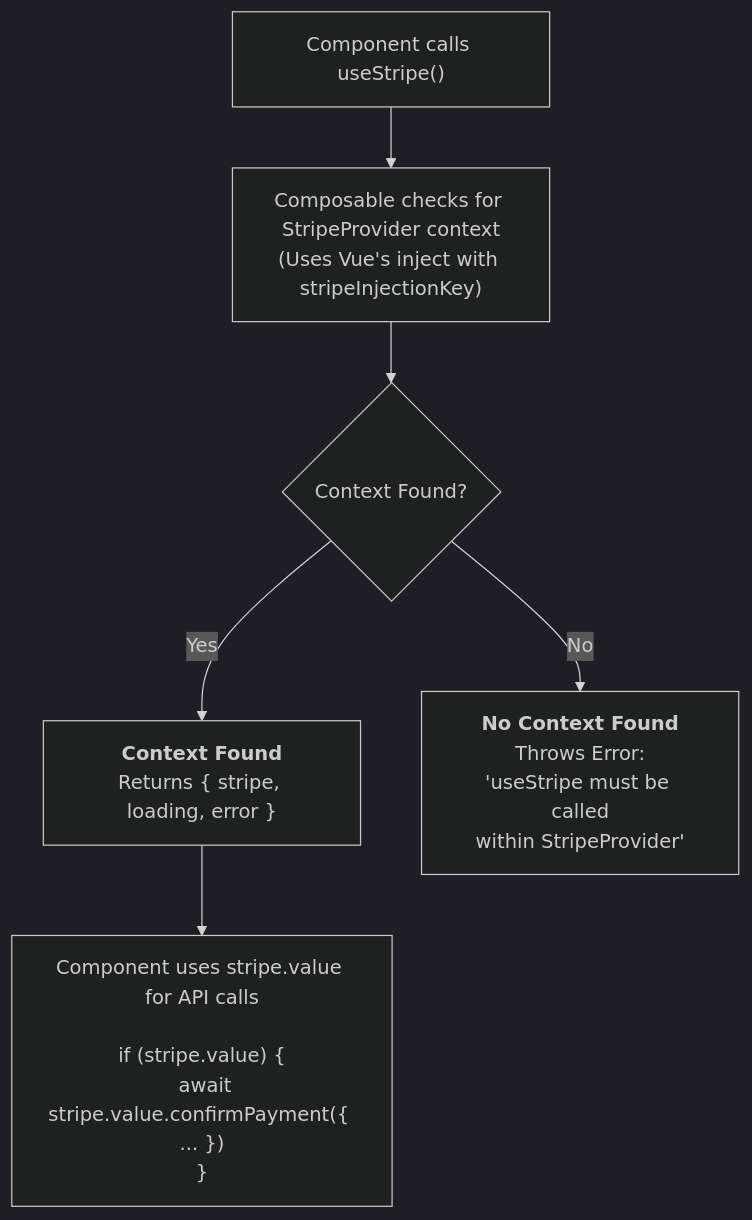
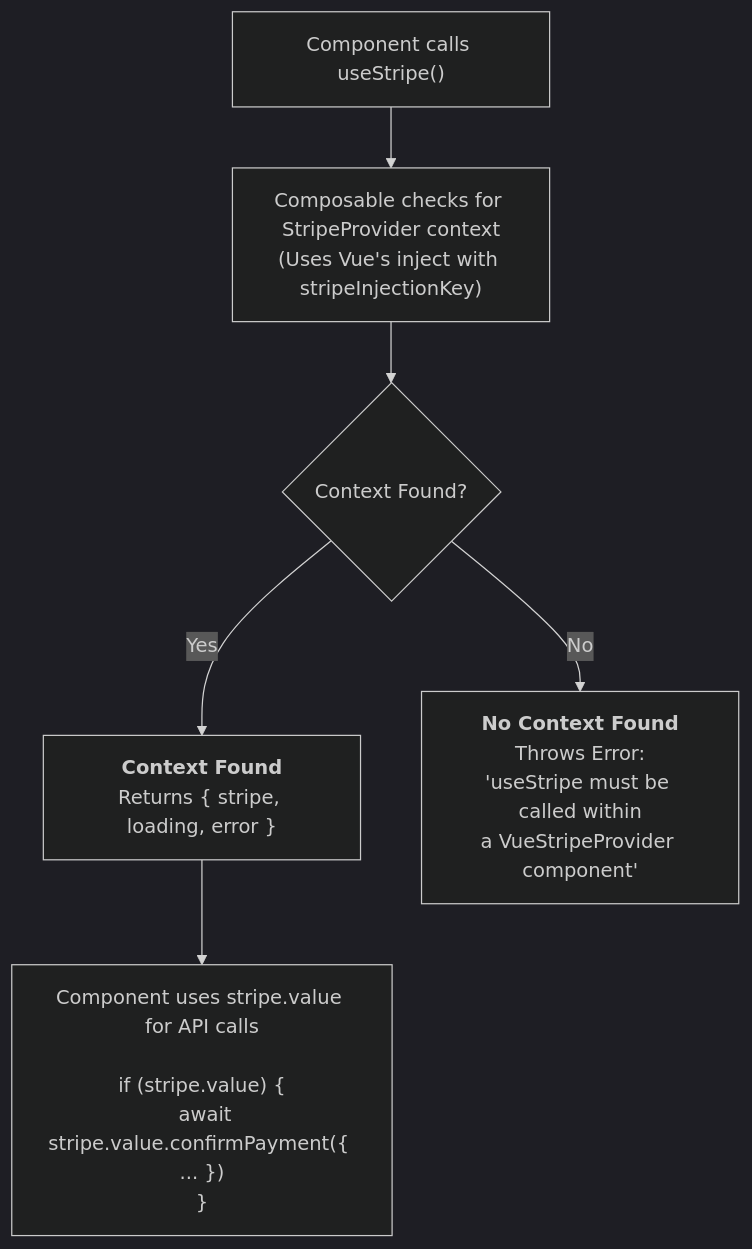
The diagram in apps/docs/api/composables/use-stripe.md (vue-stripe/vue-stripe), drawn with Mermaid (dark theme) before and after one commit. The commit also changed other lines of this file and 27 other files, not shown here.

````diff
--- a/apps/docs/api/composables/use-stripe.md
+++ b/apps/docs/api/composables/use-stripe.md
@@ -19,8 +19,8 @@
 ```mermaid
 flowchart TD
     A["Component calls useStripe()"] --> B["Composable checks for StripeProvider context<br/>(Uses Vue's inject with stripeInjectionKey)"]
     B --> C{Context Found?}
     C -->|Yes| D["<b>Context Found</b><br/>Returns { stripe, loading, error }"]
-    C -->|No| E["<b>No Context Found</b><br/>Throws Error:<br/>'useStripe must be called<br/>within StripeProvider'"]
+    C -->|No| E["<b>No Context Found</b><br/>Throws Error:<br/>'useStripe must be called within<br/>a VueStripeProvider component'"]
     D --> F["Component uses stripe.value for API calls<br/><br/>if (stripe.value) {<br/>  await stripe.value.confirmPayment({ ... })<br/>}"]
 ```
````
